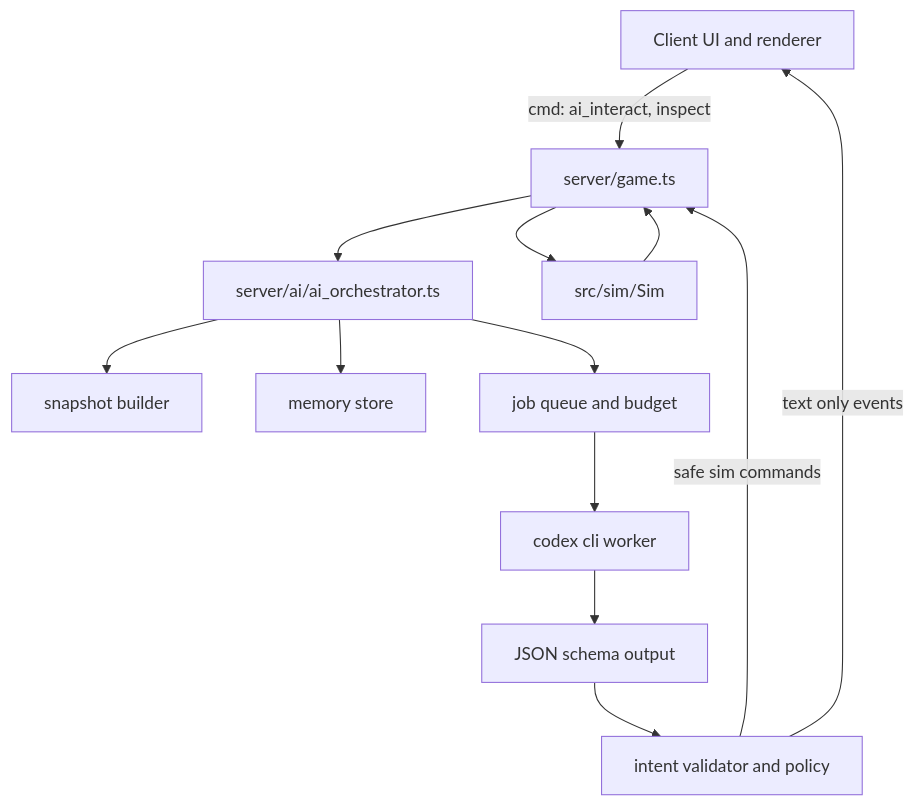
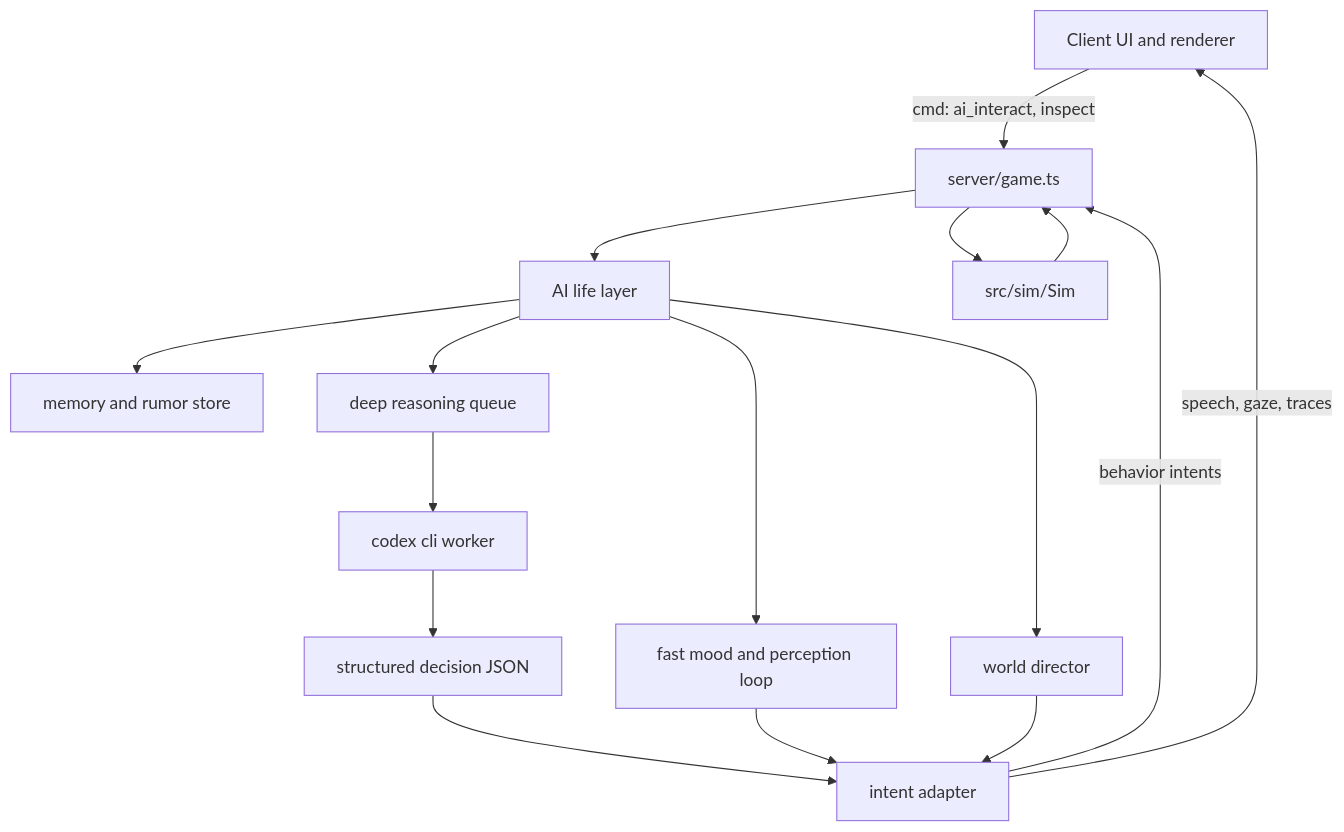
The diagram in docs/design/ai-interactable-agents.zh_CN.md (angelash/world-of-claudecraft), drawn with Mermaid before and after one commit. The commit also changed other lines of this file, not shown here.

First line of the commit message:
docs: deepen AI living world plan

````diff
--- a/docs/design/ai-interactable-agents.zh_CN.md
+++ b/docs/design/ai-interactable-agents.zh_CN.md
@@ -107,15 +166,18 @@
 ```mermaid
 flowchart TD
   Client["Client UI and renderer"] -->|cmd: ai_interact, inspect| GameServer["server/game.ts"]
-  GameServer --> Orchestrator["server/ai/ai_orchestrator.ts"]
-  Orchestrator --> Snapshot["snapshot builder"]
-  Orchestrator --> Memory["memory store"]
-  Orchestrator --> Queue["job queue and budget"]
+  GameServer --> LifeLayer["AI life layer"]
+  LifeLayer --> FastLoop["fast mood and perception loop"]
+  LifeLayer --> Memory["memory and rumor store"]
+  LifeLayer --> Director["world director"]
+  LifeLayer --> Queue["deep reasoning queue"]
   Queue --> Worker["codex cli worker"]
-  Worker --> Schema["JSON schema output"]
-  Schema --> Policy["intent validator and policy"]
-  Policy -->|safe sim commands| GameServer
-  Policy -->|text only events| Client
+  Worker --> Schema["structured decision JSON"]
+  Schema --> Policy["intent adapter"]
+  FastLoop --> Policy
+  Director --> Policy
+  Policy -->|behavior intents| GameServer
+  Policy -->|speech, gaze, traces| Client
   GameServer --> Sim["src/sim/Sim"]
   Sim --> GameServer
 ```
````
